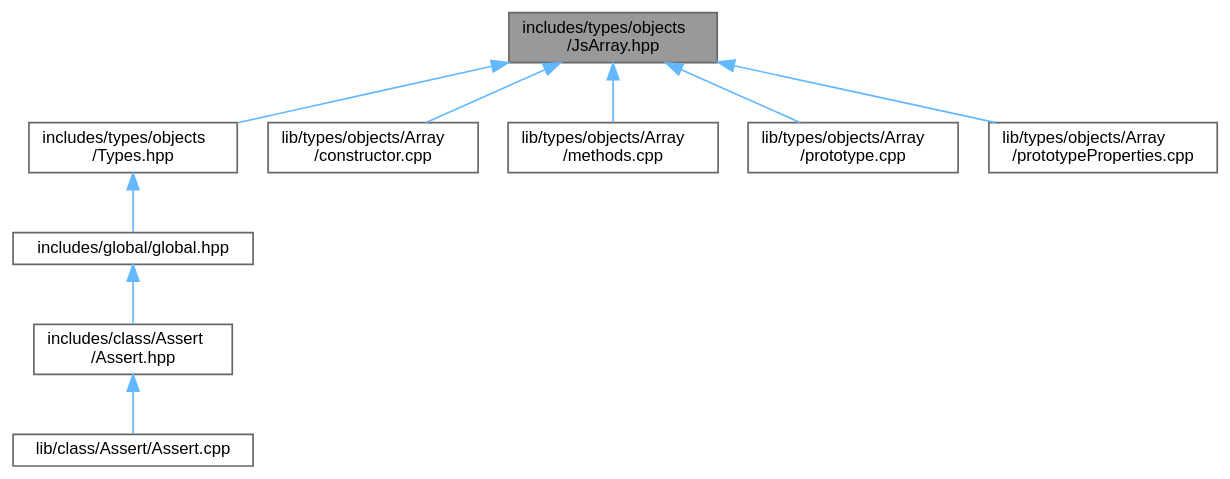
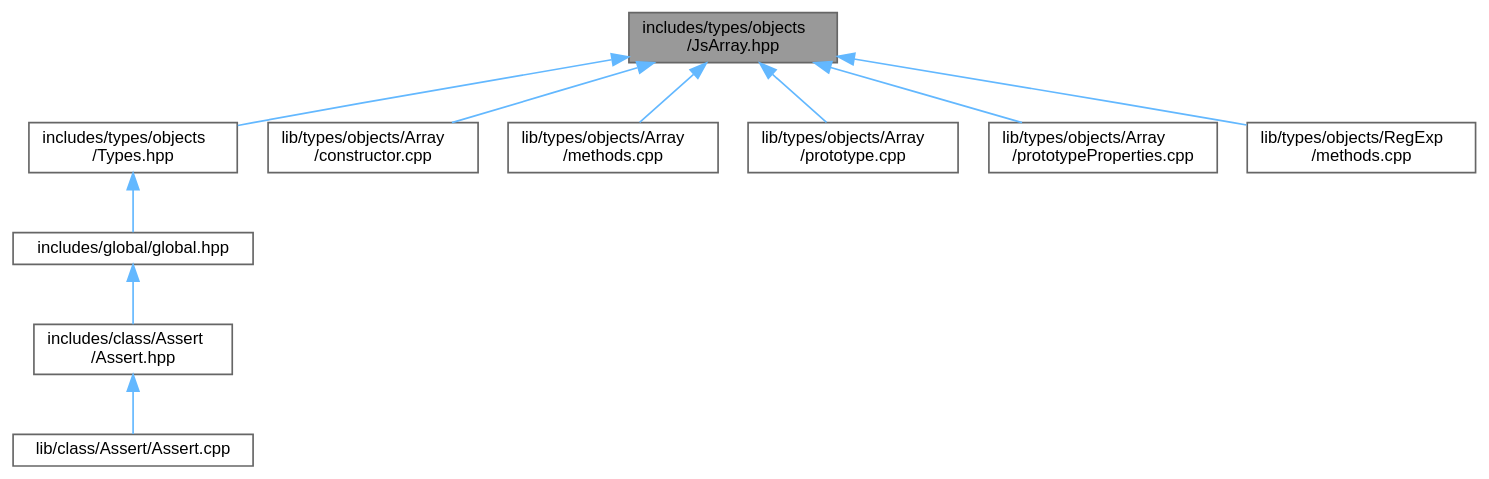
One commit to JS-CMP/JS-CMP changed the diagram in JsArray_8hpp__dep__incl.dot. Above: the diagram before and after it, drawn with Graphviz. The commit also changed 207 other files, not shown here.

```diff
--- a/JsArray_8hpp__dep__incl.dot
+++ b/JsArray_8hpp__dep__incl.dot
@@ -1,24 +1,26 @@
 digraph "includes/types/objects/JsArray.hpp"
 {
  // LATEX_PDF_SIZE
   bgcolor="transparent";
   edge [fontname=Helvetica,fontsize=10,labelfontname=Helvetica,labelfontsize=10];
   node [fontname=Helvetica,fontsize=10,shape=box,height=0.2,width=0.4];
   Node1 [id="Node000001",label="includes/types/objects\l/JsArray.hpp",height=0.2,width=0.4,color="gray40", fillcolor="grey60", style="filled", fontcolor="black",tooltip=" "];
   Node1 -> Node2 [id="edge1_Node000001_Node000002",dir="back",color="steelblue1",style="solid",tooltip=" "];
   Node2 [id="Node000002",label="includes/types/objects\l/Types.hpp",height=0.2,width=0.4,color="grey40", fillcolor="white", style="filled",URL="$objects_2Types_8hpp.html",tooltip=" "];
   Node2 -> Node3 [id="edge2_Node000002_Node000003",dir="back",color="steelblue1",style="solid",tooltip=" "];
   Node3 [id="Node000003",label="includes/global/global.hpp",height=0.2,width=0.4,color="grey40", fillcolor="white", style="filled",URL="$global_8hpp.html",tooltip=" "];
   Node3 -> Node4 [id="edge3_Node000003_Node000004",dir="back",color="steelblue1",style="solid",tooltip=" "];
   Node4 [id="Node000004",label="includes/class/Assert\l/Assert.hpp",height=0.2,width=0.4,color="grey40", fillcolor="white", style="filled",URL="$Assert_8hpp.html",tooltip=" "];
   Node4 -> Node5 [id="edge4_Node000004_Node000005",dir="back",color="steelblue1",style="solid",tooltip=" "];
   Node5 [id="Node000005",label="lib/class/Assert/Assert.cpp",height=0.2,width=0.4,color="grey40", fillcolor="white", style="filled",URL="$Assert_8cpp.html",tooltip=" "];
   Node1 -> Node6 [id="edge5_Node000001_Node000006",dir="back",color="steelblue1",style="solid",tooltip=" "];
   Node6 [id="Node000006",label="lib/types/objects/Array\l/constructor.cpp",height=0.2,width=0.4,color="grey40", fillcolor="white", style="filled",URL="$types_2objects_2Array_2constructor_8cpp.html",tooltip=" "];
   Node1 -> Node7 [id="edge6_Node000001_Node000007",dir="back",color="steelblue1",style="solid",tooltip=" "];
   Node7 [id="Node000007",label="lib/types/objects/Array\l/methods.cpp",height=0.2,width=0.4,color="grey40", fillcolor="white", style="filled",URL="$Array_2methods_8cpp.html",tooltip=" "];
   Node1 -> Node8 [id="edge7_Node000001_Node000008",dir="back",color="steelblue1",style="solid",tooltip=" "];
   Node8 [id="Node000008",label="lib/types/objects/Array\l/prototype.cpp",height=0.2,width=0.4,color="grey40", fillcolor="white", style="filled",URL="$Array_2prototype_8cpp.html",tooltip=" "];
   Node1 -> Node9 [id="edge8_Node000001_Node000009",dir="back",color="steelblue1",style="solid",tooltip=" "];
   Node9 [id="Node000009",label="lib/types/objects/Array\l/prototypeProperties.cpp",height=0.2,width=0.4,color="grey40", fillcolor="white", style="filled",URL="$Array_2prototypeProperties_8cpp.html",tooltip=" "];
+  Node1 -> Node10 [id="edge9_Node000001_Node000010",dir="back",color="steelblue1",style="solid",tooltip=" "];
+  Node10 [id="Node000010",label="lib/types/objects/RegExp\l/methods.cpp",height=0.2,width=0.4,color="grey40", fillcolor="white", style="filled",URL="$RegExp_2methods_8cpp.html",tooltip=" "];
 }
```
